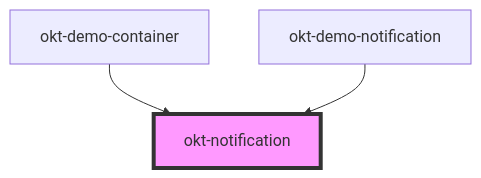
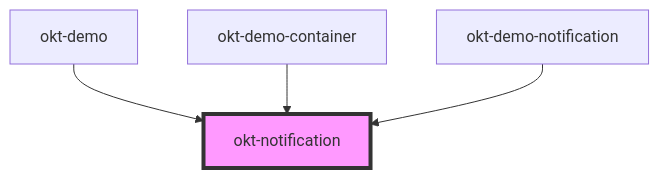
Before and after one commit to oktopusdgtl/bulma-components: the diagram in src/components/notification/readme.md, drawn with Mermaid. The commit also changed other lines of this file and 12 other files, not shown here.

````diff
--- a/src/components/notification/readme.md
+++ b/src/components/notification/readme.md
@@ -23,6 +24,7 @@
 ```mermaid
 graph TD;
+  okt-demo --> okt-notification
   okt-demo-container --> okt-notification
   okt-demo-notification --> okt-notification
   style okt-notification fill:#f9f,stroke:#333,stroke-width:4px
 ```
````
